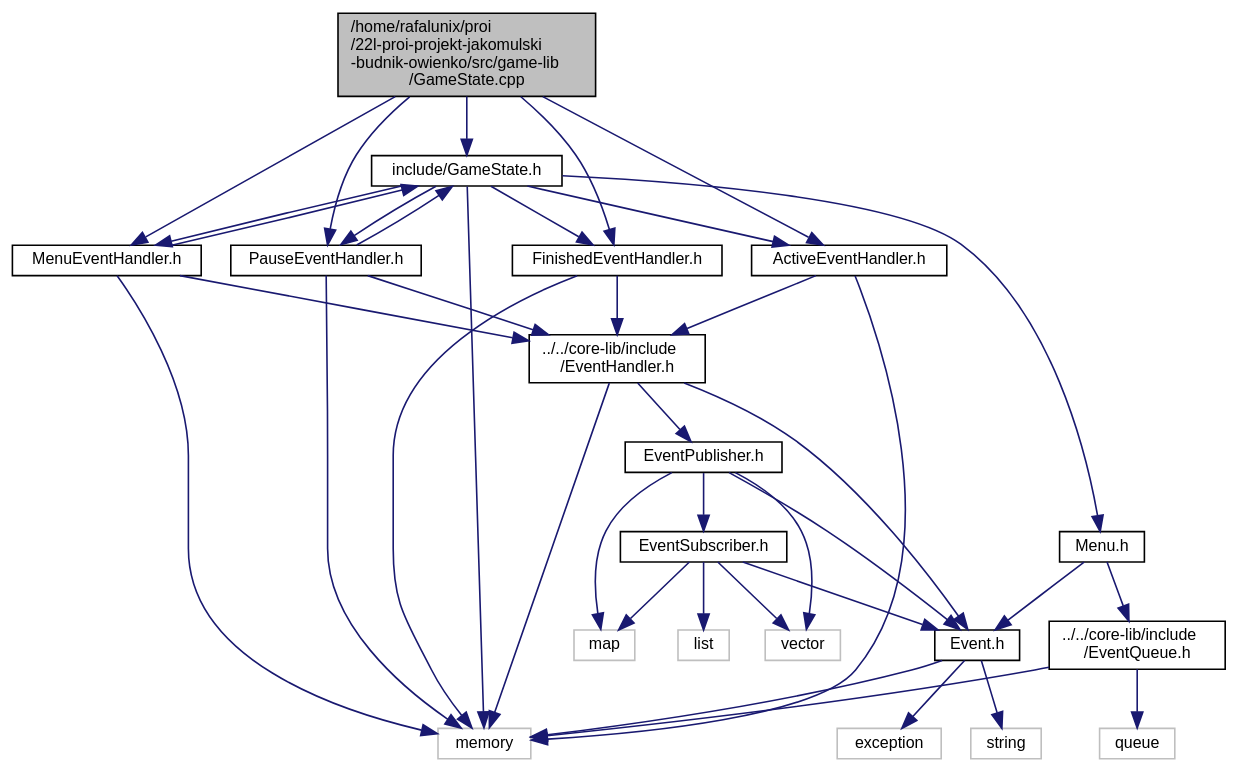
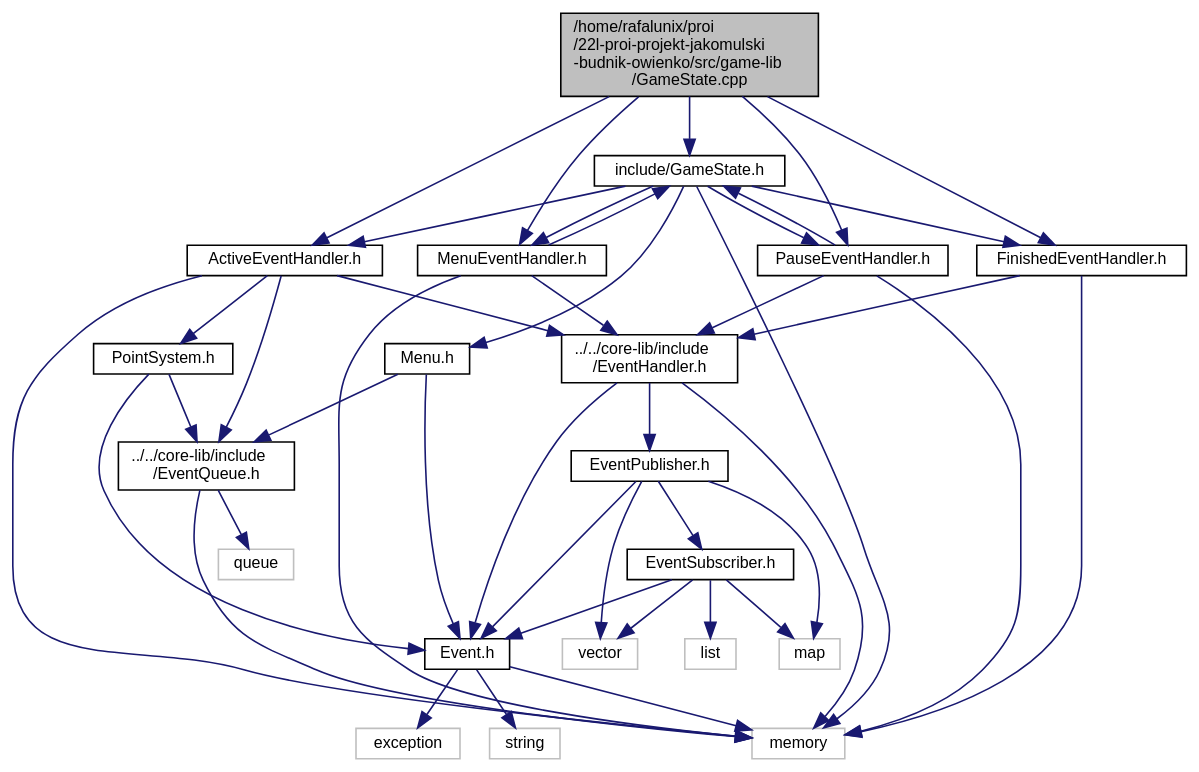
One commit to SNURTEL/battle-city changed the diagram in doc/rtf/_game_state_8cpp__incl.dot. Above: the diagram before and after it, drawn with Graphviz. The commit also changed 326 other files, not shown here.

Commit message:
Added PointSystem and more event handling

```diff
--- a/doc/rtf/_game_state_8cpp__incl.dot
+++ b/doc/rtf/_game_state_8cpp__incl.dot
@@ -1,66 +1,71 @@
 digraph "/home/rafalunix/proi/22l-proi-projekt-jakomulski-budnik-owienko/src/game-lib/GameState.cpp"
 {
  // INTERACTIVE_SVG=YES
  // LATEX_PDF_SIZE
   bgcolor="transparent";
   edge [fontname="Helvetica",fontsize="10",labelfontname="Helvetica",labelfontsize="10"];
   node [fontname="Helvetica",fontsize="10",shape=record];
   Node1 [label="/home/rafalunix/proi\l/22l-proi-projekt-jakomulski\l-budnik-owienko/src/game-lib\l/GameState.cpp",height=0.2,width=0.4,color="black", fillcolor="grey75", style="filled", fontcolor="black",tooltip=" "];
   Node1 -> Node2 [color="midnightblue",fontsize="10",style="solid",fontname="Helvetica"];
   Node2 [label="include/GameState.h",height=0.2,width=0.4,color="black",URL="$_game_state_8h.html",tooltip=" "];
   Node2 -> Node3 [color="midnightblue",fontsize="10",style="solid",fontname="Helvetica"];
   Node3 [label="memory",height=0.2,width=0.4,color="grey75",tooltip=" "];
   Node2 -> Node4 [color="midnightblue",fontsize="10",style="solid",fontname="Helvetica"];
   Node4 [label="ActiveEventHandler.h",height=0.2,width=0.4,color="black",URL="$_active_event_handler_8h.html",tooltip=" "];
   Node4 -> Node3 [color="midnightblue",fontsize="10",style="solid",fontname="Helvetica"];
   Node4 -> Node5 [color="midnightblue",fontsize="10",style="solid",fontname="Helvetica"];
   Node5 [label="../../core-lib/include\l/EventHandler.h",height=0.2,width=0.4,color="black",URL="$_event_handler_8h.html",tooltip=" "];
   Node5 -> Node3 [color="midnightblue",fontsize="10",style="solid",fontname="Helvetica"];
   Node5 -> Node6 [color="midnightblue",fontsize="10",style="solid",fontname="Helvetica"];
   Node6 [label="Event.h",height=0.2,width=0.4,color="black",URL="$_event_8h.html",tooltip=" "];
   Node6 -> Node7 [color="midnightblue",fontsize="10",style="solid",fontname="Helvetica"];
   Node7 [label="exception",height=0.2,width=0.4,color="grey75",tooltip=" "];
   Node6 -> Node8 [color="midnightblue",fontsize="10",style="solid",fontname="Helvetica"];
   Node8 [label="string",height=0.2,width=0.4,color="grey75",tooltip=" "];
   Node6 -> Node3 [color="midnightblue",fontsize="10",style="solid",fontname="Helvetica"];
   Node5 -> Node9 [color="midnightblue",fontsize="10",style="solid",fontname="Helvetica"];
   Node9 [label="EventPublisher.h",height=0.2,width=0.4,color="black",URL="$_event_publisher_8h.html",tooltip=" "];
   Node9 -> Node10 [color="midnightblue",fontsize="10",style="solid",fontname="Helvetica"];
   Node10 [label="map",height=0.2,width=0.4,color="grey75",tooltip=" "];
   Node9 -> Node11 [color="midnightblue",fontsize="10",style="solid",fontname="Helvetica"];
   Node11 [label="vector",height=0.2,width=0.4,color="grey75",tooltip=" "];
   Node9 -> Node6 [color="midnightblue",fontsize="10",style="solid",fontname="Helvetica"];
   Node9 -> Node12 [color="midnightblue",fontsize="10",style="solid",fontname="Helvetica"];
   Node12 [label="EventSubscriber.h",height=0.2,width=0.4,color="black",URL="$_event_subscriber_8h.html",tooltip=" "];
   Node12 -> Node10 [color="midnightblue",fontsize="10",style="solid",fontname="Helvetica"];
   Node12 -> Node11 [color="midnightblue",fontsize="10",style="solid",fontname="Helvetica"];
   Node12 -> Node13 [color="midnightblue",fontsize="10",style="solid",fontname="Helvetica"];
   Node13 [label="list",height=0.2,width=0.4,color="grey75",tooltip=" "];
   Node12 -> Node6 [color="midnightblue",fontsize="10",style="solid",fontname="Helvetica"];
-  Node2 -> Node14 [color="midnightblue",fontsize="10",style="solid",fontname="Helvetica"];
-  Node14 [label="MenuEventHandler.h",height=0.2,width=0.4,color="black",URL="$_menu_event_handler_8h.html",tooltip=" "];
+  Node4 -> Node14 [color="midnightblue",fontsize="10",style="solid",fontname="Helvetica"];
+  Node14 [label="../../core-lib/include\l/EventQueue.h",height=0.2,width=0.4,color="black",URL="$_event_queue_8h.html",tooltip=" "];
+  Node14 -> Node15 [color="midnightblue",fontsize="10",style="solid",fontname="Helvetica"];
+  Node15 [label="queue",height=0.2,width=0.4,color="grey75",tooltip=" "];
   Node14 -> Node3 [color="midnightblue",fontsize="10",style="solid",fontname="Helvetica"];
-  Node14 -> Node5 [color="midnightblue",fontsize="10",style="solid",fontname="Helvetica"];
-  Node14 -> Node2 [color="midnightblue",fontsize="10",style="solid",fontname="Helvetica"];
-  Node2 -> Node15 [color="midnightblue",fontsize="10",style="solid",fontname="Helvetica"];
-  Node15 [label="PauseEventHandler.h",height=0.2,width=0.4,color="black",URL="$_pause_event_handler_8h.html",tooltip=" "];
-  Node15 -> Node3 [color="midnightblue",fontsize="10",style="solid",fontname="Helvetica"];
-  Node15 -> Node5 [color="midnightblue",fontsize="10",style="solid",fontname="Helvetica"];
-  Node15 -> Node2 [color="midnightblue",fontsize="10",style="solid",fontname="Helvetica"];
-  Node2 -> Node16 [color="midnightblue",fontsize="10",style="solid",fontname="Helvetica"];
-  Node16 [label="FinishedEventHandler.h",height=0.2,width=0.4,color="black",URL="$_finished_event_handler_8h.html",tooltip=" "];
-  Node16 -> Node3 [color="midnightblue",fontsize="10",style="solid",fontname="Helvetica"];
-  Node16 -> Node5 [color="midnightblue",fontsize="10",style="solid",fontname="Helvetica"];
+  Node4 -> Node16 [color="midnightblue",fontsize="10",style="solid",fontname="Helvetica"];
+  Node16 [label="PointSystem.h",height=0.2,width=0.4,color="black",URL="$_point_system_8h.html",tooltip=" "];
+  Node16 -> Node14 [color="midnightblue",fontsize="10",style="solid",fontname="Helvetica"];
+  Node16 -> Node6 [color="midnightblue",fontsize="10",style="solid",fontname="Helvetica"];
   Node2 -> Node17 [color="midnightblue",fontsize="10",style="solid",fontname="Helvetica"];
-  Node17 [label="Menu.h",height=0.2,width=0.4,color="black",URL="$_menu_8h.html",tooltip=" "];
-  Node17 -> Node18 [color="midnightblue",fontsize="10",style="solid",fontname="Helvetica"];
-  Node18 [label="../../core-lib/include\l/EventQueue.h",height=0.2,width=0.4,color="black",URL="$_event_queue_8h.html",tooltip=" "];
-  Node18 -> Node19 [color="midnightblue",fontsize="10",style="solid",fontname="Helvetica"];
-  Node19 [label="queue",height=0.2,width=0.4,color="grey75",tooltip=" "];
+  Node17 [label="MenuEventHandler.h",height=0.2,width=0.4,color="black",URL="$_menu_event_handler_8h.html",tooltip=" "];
+  Node17 -> Node3 [color="midnightblue",fontsize="10",style="solid",fontname="Helvetica"];
+  Node17 -> Node5 [color="midnightblue",fontsize="10",style="solid",fontname="Helvetica"];
+  Node17 -> Node2 [color="midnightblue",fontsize="10",style="solid",fontname="Helvetica"];
+  Node2 -> Node18 [color="midnightblue",fontsize="10",style="solid",fontname="Helvetica"];
+  Node18 [label="PauseEventHandler.h",height=0.2,width=0.4,color="black",URL="$_pause_event_handler_8h.html",tooltip=" "];
   Node18 -> Node3 [color="midnightblue",fontsize="10",style="solid",fontname="Helvetica"];
-  Node17 -> Node6 [color="midnightblue",fontsize="10",style="solid",fontname="Helvetica"];
+  Node18 -> Node5 [color="midnightblue",fontsize="10",style="solid",fontname="Helvetica"];
+  Node18 -> Node2 [color="midnightblue",fontsize="10",style="solid",fontname="Helvetica"];
+  Node2 -> Node19 [color="midnightblue",fontsize="10",style="solid",fontname="Helvetica"];
+  Node19 [label="FinishedEventHandler.h",height=0.2,width=0.4,color="black",URL="$_finished_event_handler_8h.html",tooltip=" "];
+  Node19 -> Node3 [color="midnightblue",fontsize="10",style="solid",fontname="Helvetica"];
+  Node19 -> Node5 [color="midnightblue",fontsize="10",style="solid",fontname="Helvetica"];
+  Node2 -> Node20 [color="midnightblue",fontsize="10",style="solid",fontname="Helvetica"];
+  Node20 [label="Menu.h",height=0.2,width=0.4,color="black",URL="$_menu_8h.html",tooltip=" "];
+  Node20 -> Node14 [color="midnightblue",fontsize="10",style="solid",fontname="Helvetica"];
+  Node20 -> Node6 [color="midnightblue",fontsize="10",style="solid",fontname="Helvetica"];
   Node1 -> Node4 [color="midnightblue",fontsize="10",style="solid",fontname="Helvetica"];
-  Node1 -> Node16 [color="midnightblue",fontsize="10",style="solid",fontname="Helvetica"];
-  Node1 -> Node15 [color="midnightblue",fontsize="10",style="solid",fontname="Helvetica"];
-  Node1 -> Node14 [color="midnightblue",fontsize="10",style="solid",fontname="Helvetica"];
+  Node1 -> Node19 [color="midnightblue",fontsize="10",style="solid",fontname="Helvetica"];
+  Node1 -> Node18 [color="midnightblue",fontsize="10",style="solid",fontname="Helvetica"];
+  Node1 -> Node17 [color="midnightblue",fontsize="10",style="solid",fontname="Helvetica"];
 }
```
